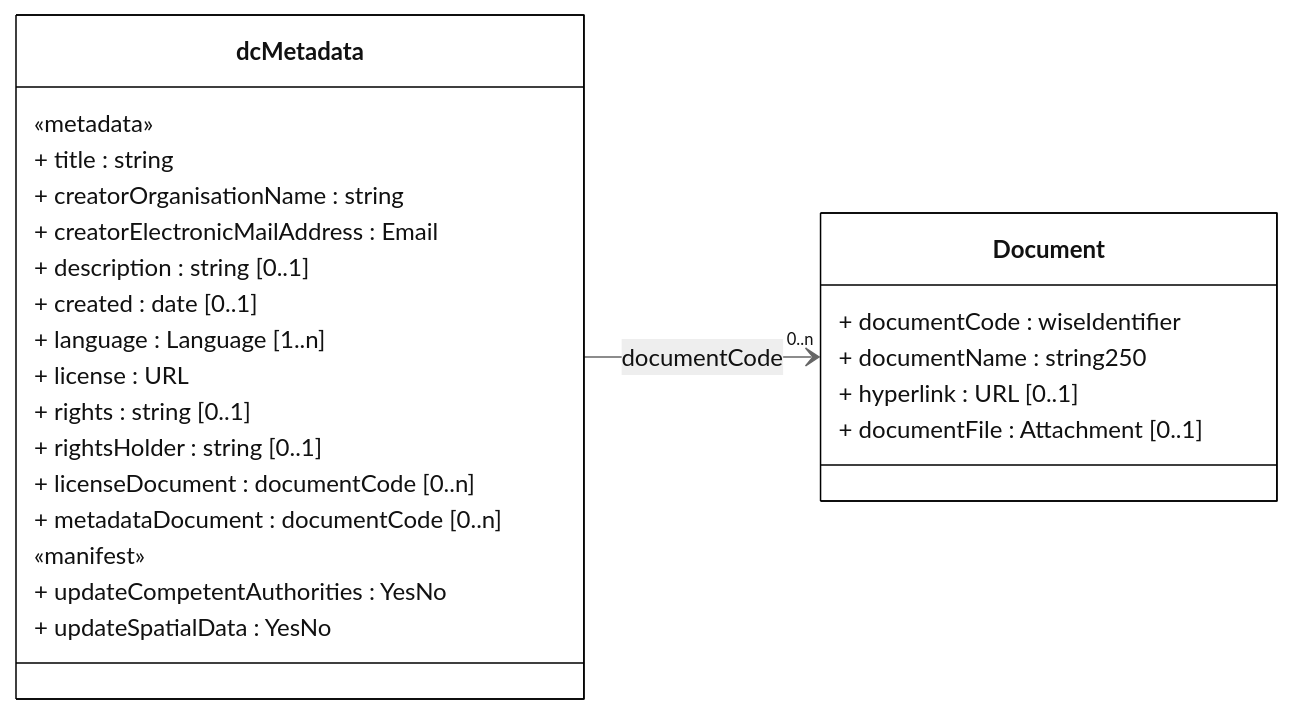
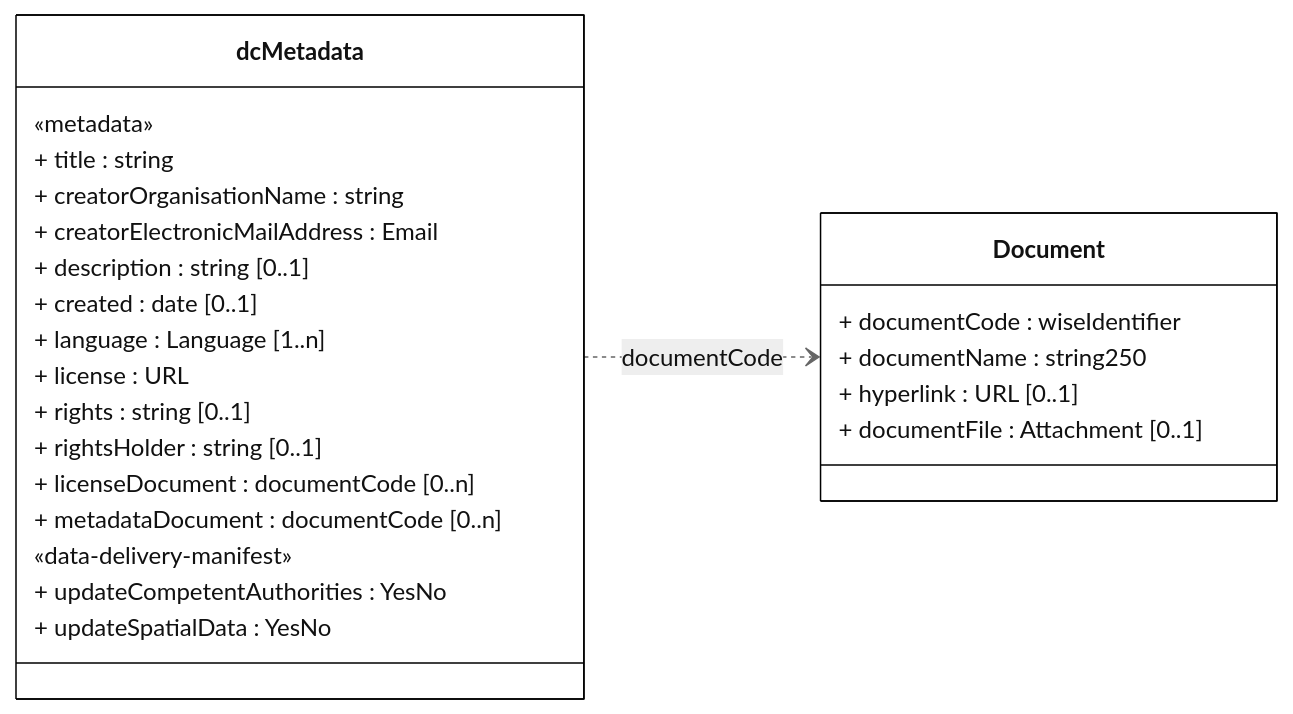
Before and after one commit to eeadata/WISE.WFD.Documentation: the diagram in docs/DataModelReview/mmd/RBDCA_4thCycle_Documents_ClassDiagram.mmd, drawn with Mermaid. The commit also changed 25 other files, not shown here.

```diff
--- a/docs/DataModelReview/mmd/RBDCA_4thCycle_Documents_ClassDiagram.mmd
+++ b/docs/DataModelReview/mmd/RBDCA_4thCycle_Documents_ClassDiagram.mmd
@@ -1,40 +1,40 @@
 ---
 config:
   class:
     hideEmptyMembersBox: true
   layout: dagre
   theme: neutral
 ---
 classDiagram
 direction LR
 
 class dcMetadata {
 
 «metadata»
-+ title : string
-+ creatorOrganisationName : string
-+ creatorElectronicMailAddress : Email
-+ description : string [0..1]
-+ created : date [0..1]
-+ language : Language [1..n]
-+ license : URL
-+ rights : string [0..1]
-+ rightsHolder : string [0..1]
-+ licenseDocument : documentCode [0..n]
-+ metadataDocument : documentCode [0..n]
+  + title : string
+  + creatorOrganisationName : string
+  + creatorElectronicMailAddress : Email
+  + description : string [0..1]
+  + created : date [0..1]
+  + language : Language [1..n]
+  + license : URL
+  + rights : string [0..1]
+  + rightsHolder : string [0..1]
+  + licenseDocument : documentCode [0..n]
+  + metadataDocument : documentCode [0..n]
 
-«manifest»
-+ updateCompetentAuthorities : YesNo
-+ updateSpatialData : YesNo
+  «data-delivery-manifest»
+  + updateCompetentAuthorities : YesNo
+  + updateSpatialData : YesNo
 }
 class Document {
-+ documentCode : wiseIdentifier
-+ documentName : string250
-+ hyperlink : URL [0..1]
-+ documentFile : Attachment [0..1]
+  + documentCode : wiseIdentifier
+  + documentName : string250
+  + hyperlink : URL [0..1]
+  + documentFile : Attachment [0..1]
 }
 
-dcMetadata --> "0..n" Document : documentCode
+dcMetadata ..> Document : documentCode
 
 classDef default fill:white,stroke:#000;
 classDef forFixing fill:white,stroke:#f00;
```
